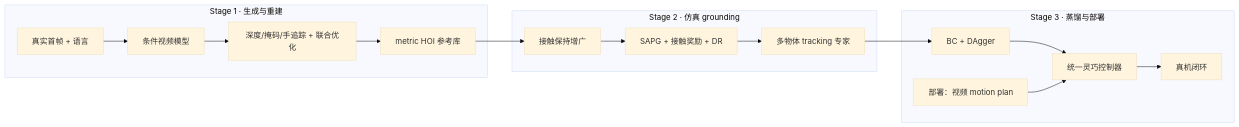
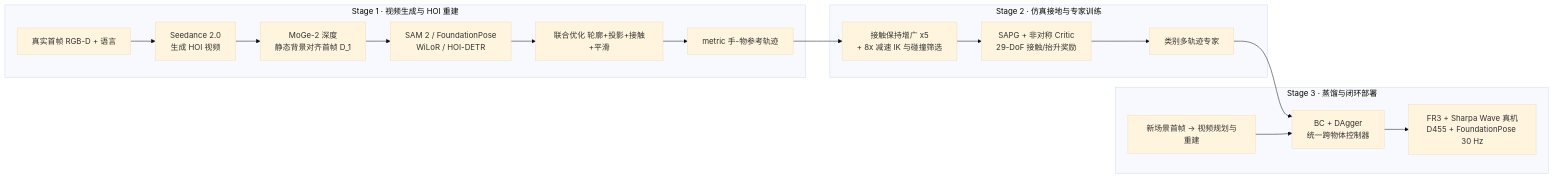
Before and after one commit to ImChong/Robotics_Notebooks: the first of 2 diagrams in wiki/entities/paper-galatea.md, drawn with Mermaid (base theme). The commit also changed other lines of this file and 450 other files, not shown here.

Commit message:
[2026-11-22] ingest | sources/ & wiki/ — 补齐 33 家公司路线 165/167 节点一手原文通读、骨架与 Mermaid 图表至 3/3

````diff
--- a/wiki/entities/paper-galatea.md
+++ b/wiki/entities/paper-galatea.md
@@ -75,19 +82,20 @@
 ```mermaid
 flowchart LR
-  subgraph gen [Stage 1 · 生成与重建]
-    img[真实首帧 + 语言] --> vgen[条件视频模型]
-    vgen --> recon[深度/掩码/手追踪 + 联合优化]
-    recon --> ref[metric HOI 参考库]
+  subgraph gen ["Stage 1 · 视频生成与 HOI 重建"]
+    img["真实首帧 RGB-D + 语言"] --> vgen["Seedance 2.0\n生成 HOI 视频"]
+    vgen --> depth["MoGe-2 深度\n静态背景对齐首帧 D_1"]
+    depth --> init["SAM 2 / FoundationPose\nWiLoR / HOI-DETR"]
+    init --> opt["联合优化 轮廓+投影+接触+平滑"]
+    opt --> ref["metric 手-物参考轨迹"]
   end
-  subgraph sim [Stage 2 · 仿真 grounding]
-    ref --> aug[接触保持增广]
-    aug --> sapg[SAPG + 接触奖励 + DR]
-    sapg --> experts[多物体 tracking 专家]
+  subgraph sim ["Stage 2 · 仿真接地与专家训练"]
+    ref --> aug["接触保持增广 x5\n+ 8x 减速 IK 与碰撞筛选"]
+    aug --> sapg["SAPG + 非对称 Critic\n29-DoF 接触/抬升奖励"]
+    sapg --> experts["类别多轨迹专家"]
   end
-  subgraph deploy [Stage 3 · 蒸馏与部署]
-    experts --> distill[BC + DAgger]
-    distill --> ctrl[统一灵巧控制器]
-    vplan[部署：视频 motion plan] --> ctrl
-    ctrl --> real[真机闭环]
+  subgraph deploy ["Stage 3 · 蒸馏与闭环部署"]
+    experts --> distill["BC + DAgger\n统一跨物体控制器"]
+    vplan["新场景首帧 -> 视频规划与重建"] --> distill
+    distill --> real["FR3 + Sharpa Wave 真机\nD455 + FoundationPose 30 Hz"]
   end
 ```
````
